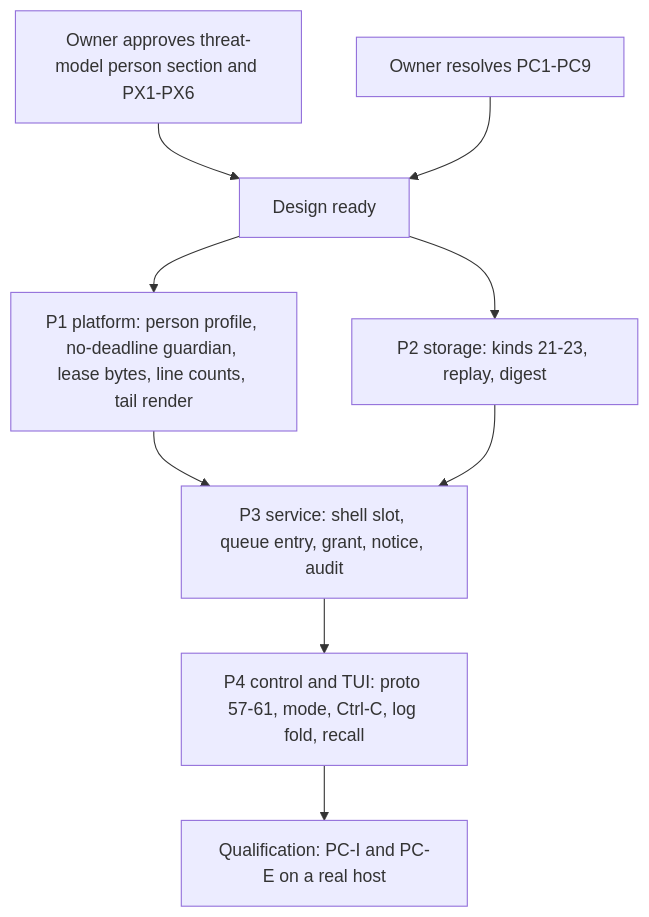
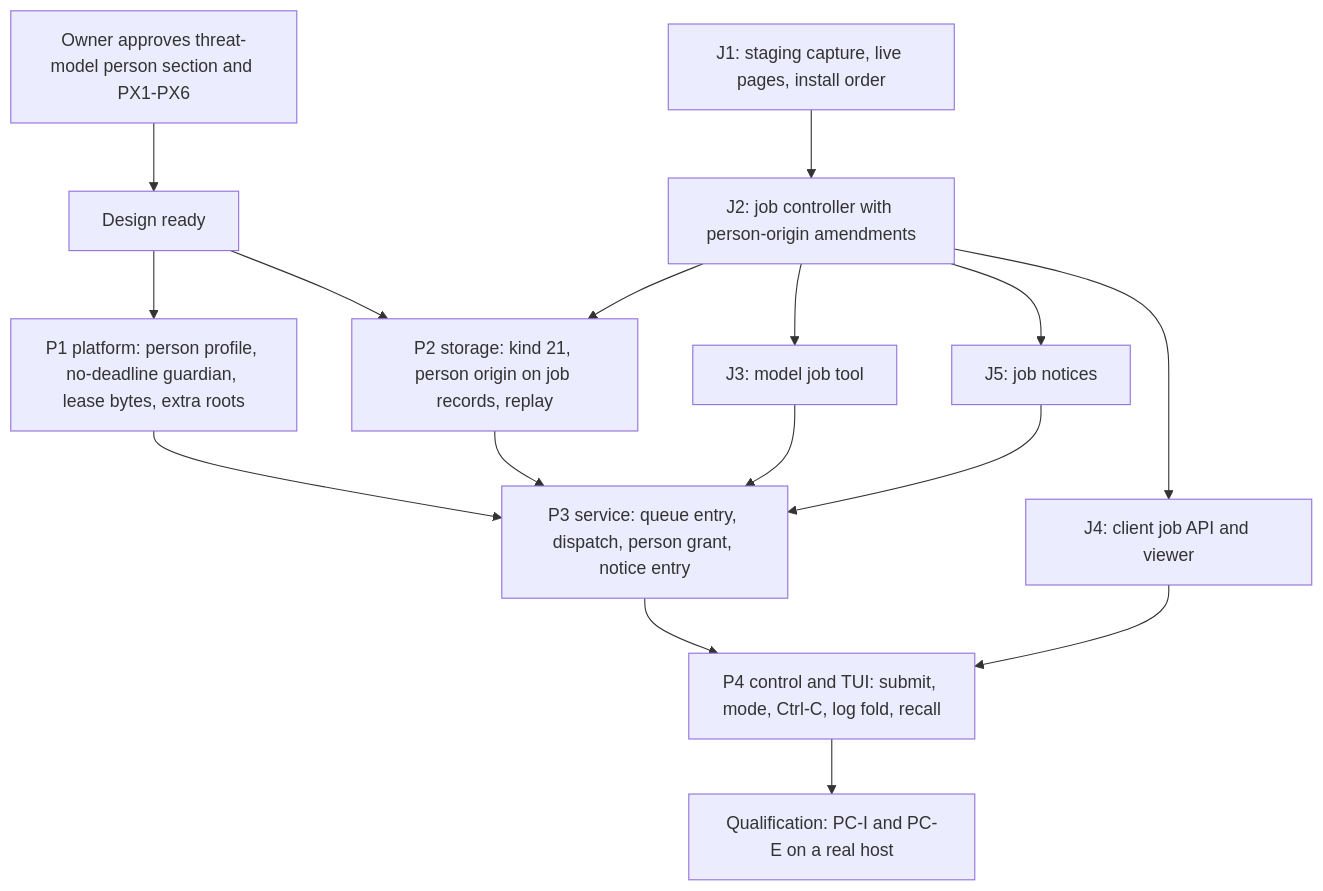
Before and after one commit to pidster/asura: the seventh of 7 diagrams in docs/designs/person-command-mode.md, drawn with Mermaid. The commit also changed other lines of this file and 4 other files, not shown here.

````diff
--- a/docs/designs/person-command-mode.md
+++ b/docs/designs/person-command-mode.md
@@ -960,11 +1035,18 @@
 ```mermaid
 flowchart TD
     TM["Owner approves threat-model person section and PX1-PX6"] --> Ready["Design ready"]
-    PC["Owner resolves PC1-PC9"] --> Ready
-    Ready --> P1["P1 platform: person profile, no-deadline guardian, lease bytes, line counts, tail render"]
-    Ready --> P2["P2 storage: kinds 21-23, replay, digest"]
-    P1 --> P3["P3 service: shell slot, queue entry, grant, notice, audit"]
+    J1["J1: staging capture, live pages, install order"] --> J2["J2: job controller with person-origin amendments"]
+    J2 --> J4["J4: client job API and viewer"]
+    J2 --> J3["J3: model job tool"]
+    J2 --> J5["J5: job notices"]
+    Ready --> P1["P1 platform: person profile, no-deadline guardian, lease bytes, extra roots"]
+    Ready --> P2["P2 storage: kind 21, person origin on job records, replay"]
+    J2 --> P2
+    P1 --> P3["P3 service: queue entry, dispatch, person grant, notice entry"]
     P2 --> P3
-    P3 --> P4["P4 control and TUI: proto 57-61, mode, Ctrl-C, log fold, recall"]
+    J3 --> P3
+    J5 --> P3
+    P3 --> P4["P4 control and TUI: submit, mode, Ctrl-C, log fold, recall"]
+    J4 --> P4
     P4 --> Q["Qualification: PC-I and PC-E on a real host"]
 ```
````
